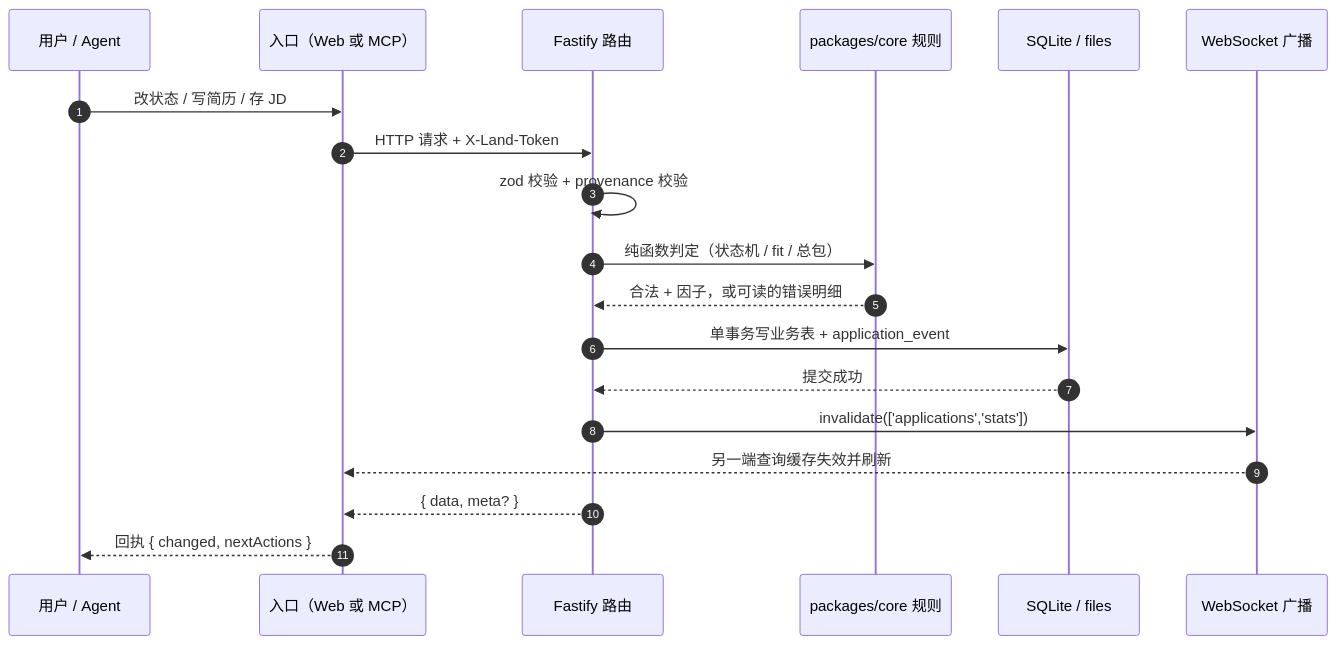
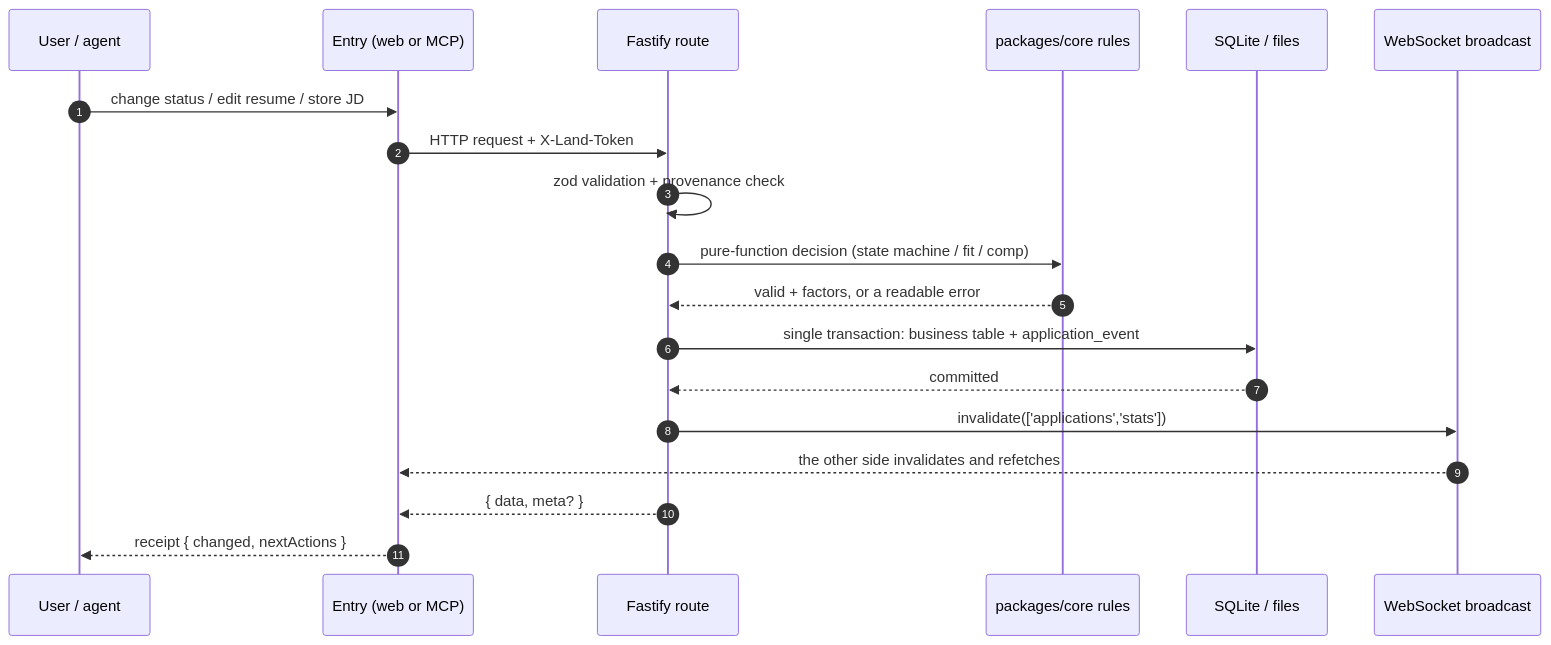
One commit to Dada-liu/land-a-job changed the third of 6 diagrams in README.md. Above: the diagram before and after it, drawn with Mermaid. The commit also changed other lines of this file and 17 other files, not shown here.

````diff
--- a/README.md
+++ b/README.md
@@ -468,22 +472,22 @@
 ```mermaid
 sequenceDiagram
   autonumber
-  participant U as 用户 / Agent
-  participant C as 入口（Web 或 MCP）
-  participant S as Fastify 路由
-  participant K as packages/core 规则
+  participant U as User / agent
+  participant C as Entry (web or MCP)
+  participant S as Fastify route
+  participant K as packages/core rules
   participant D as SQLite / files
-  participant W as WebSocket 广播
+  participant W as WebSocket broadcast
 
-  U->>C: 改状态 / 写简历 / 存 JD
-  C->>S: HTTP 请求 + X-Land-Token
-  S->>S: zod 校验 + provenance 校验
-  S->>K: 纯函数判定（状态机 / fit / 总包）
-  K-->>S: 合法 + 因子，或可读的错误明细
-  S->>D: 单事务写业务表 + application_event
-  D-->>S: 提交成功
+  U->>C: change status / edit resume / store JD
+  C->>S: HTTP request + X-Land-Token
+  S->>S: zod validation + provenance check
+  S->>K: pure-function decision (state machine / fit / comp)
+  K-->>S: valid + factors, or a readable error
+  S->>D: single transaction: business table + application_event
+  D-->>S: committed
   S->>W: invalidate(['applications','stats'])
-  W-->>C: 另一端查询缓存失效并刷新
+  W-->>C: the other side invalidates and refetches
   S-->>C: { data, meta? }
-  C-->>U: 回执 { changed, nextActions }
+  C-->>U: receipt { changed, nextActions }
 ```
````
